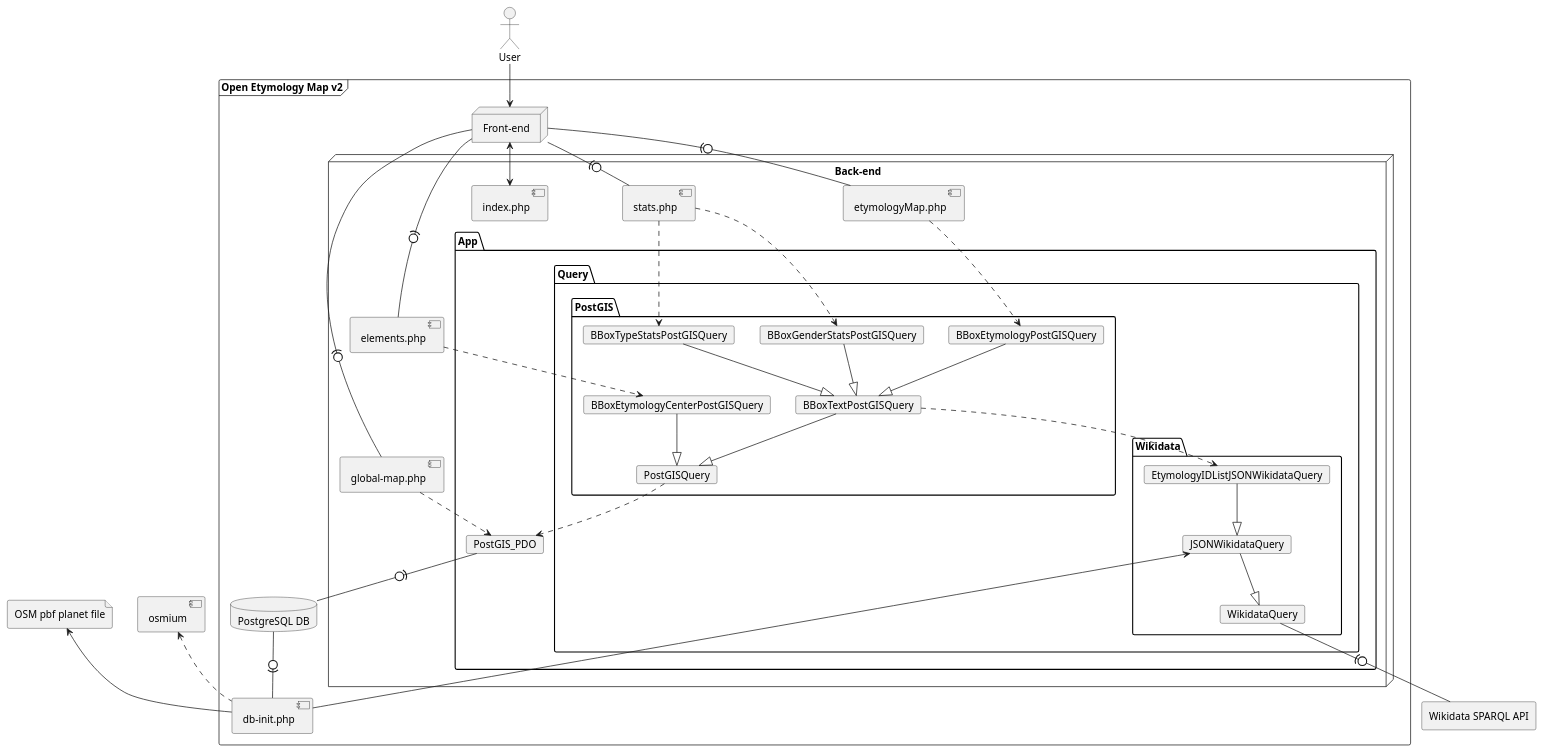
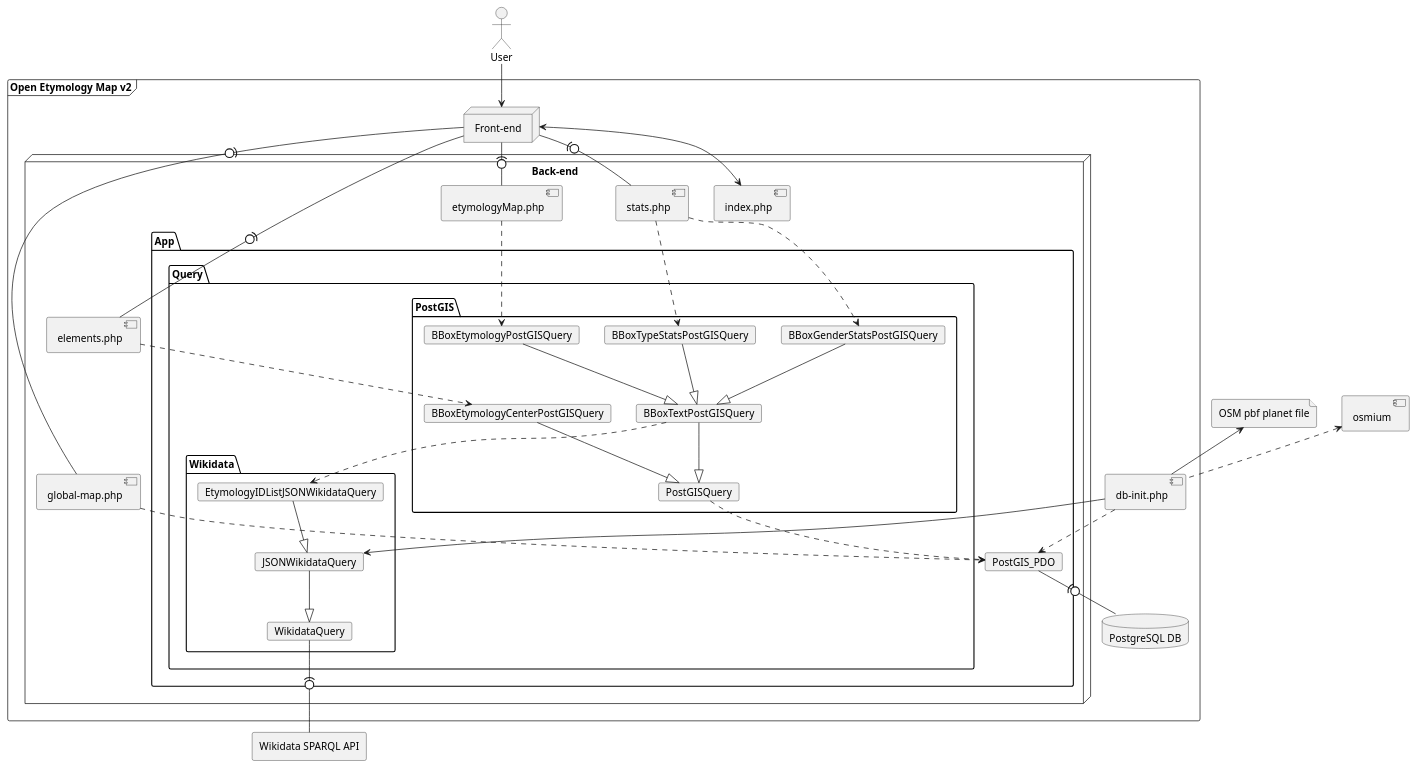
Before and after one commit to Danysan1/osm-wikidata-map-framework: the second of 3 diagrams in CONTRIBUTING.md, drawn with PlantUML.

````diff
--- a/CONTRIBUTING.md
+++ b/CONTRIBUTING.md
@@ -221,76 +221,76 @@
 ```plantuml
 @startuml
 
 actor user as "User"
 file pbf as "OSM pbf planet file"
 component osmium
 frame oem as "Open Etymology Map v2" {
     database db as "PostgreSQL DB"
     component init as "db-init.php"
     node fe as "Front-end"
     node be as "Back-end" {
         component globalMap as "global-map.php"
         component elements as "elements.php"
         component etymologyMap as "etymologyMap.php"
         component stats as "stats.php"
         component index as "index.php"
         package App {
             card PostGIS_PDO
             package Query {
                 package PostGIS {
                     card BBoxEtymologyPostGISQuery
                     card BBoxGenderStatsPostGISQuery
                     card BBoxTypeStatsPostGISQuery
                     card BBoxEtymologyCenterPostGISQuery
                     card BBoxTextPostGISQuery
                     card PostGISQuery
                 }
                 package Wikidata {
                     card EtymologyIDListJSONWikidataQuery
                     card JSONWikidataQuery
                     card WikidataQuery
                 }
             }
         }
     }
 }
 agent wikidata as "Wikidata SPARQL API"
 
 index <--> fe
 
 user --> fe
 
 fe -(0- globalMap
 fe -(0- etymologyMap
 fe -(0- elements
 fe -(0- stats
 
 
 etymologyMap ..> BBoxEtymologyPostGISQuery
 stats ..> BBoxGenderStatsPostGISQuery
 stats ..> BBoxTypeStatsPostGISQuery
 elements ..> BBoxEtymologyCenterPostGISQuery
 
 BBoxTextPostGISQuery --|> PostGISQuery
 BBoxEtymologyPostGISQuery --|> BBoxTextPostGISQuery
 BBoxGenderStatsPostGISQuery --|> BBoxTextPostGISQuery
 BBoxTypeStatsPostGISQuery --|> BBoxTextPostGISQuery
 BBoxEtymologyCenterPostGISQuery --|> PostGISQuery
 
 EtymologyIDListJSONWikidataQuery --|> JSONWikidataQuery
 JSONWikidataQuery --|> WikidataQuery
 
+init ..> PostGIS_PDO
 globalMap ..> PostGIS_PDO
 PostGISQuery ..> PostGIS_PDO
 PostGIS_PDO -(0- db
 BBoxTextPostGISQuery ..> EtymologyIDListJSONWikidataQuery
 
 WikidataQuery -(0- wikidata
 
-db -0)- init
 osmium <.. init
 pbf <-- init
 JSONWikidataQuery <-- init
 
 @enduml
 ```
````
